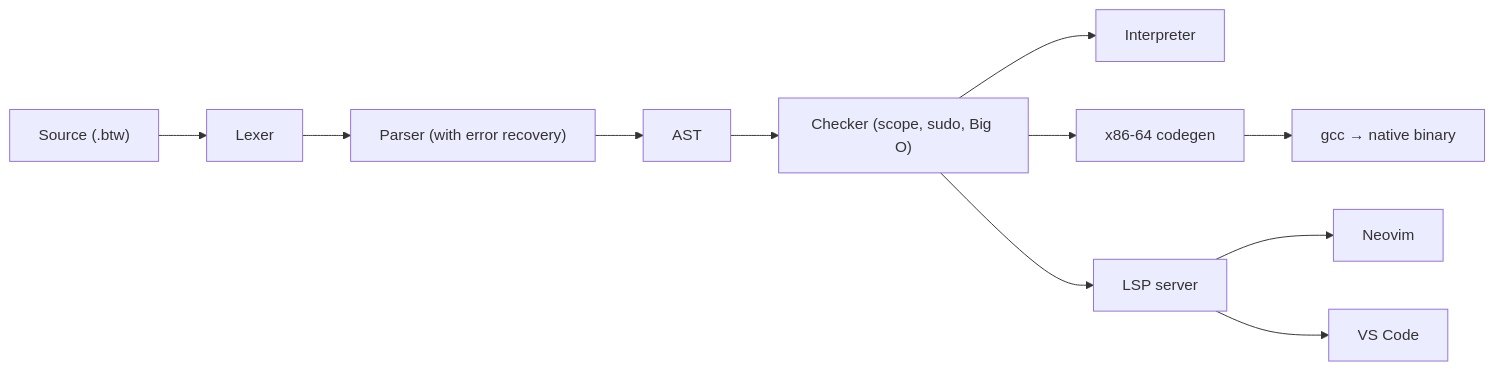
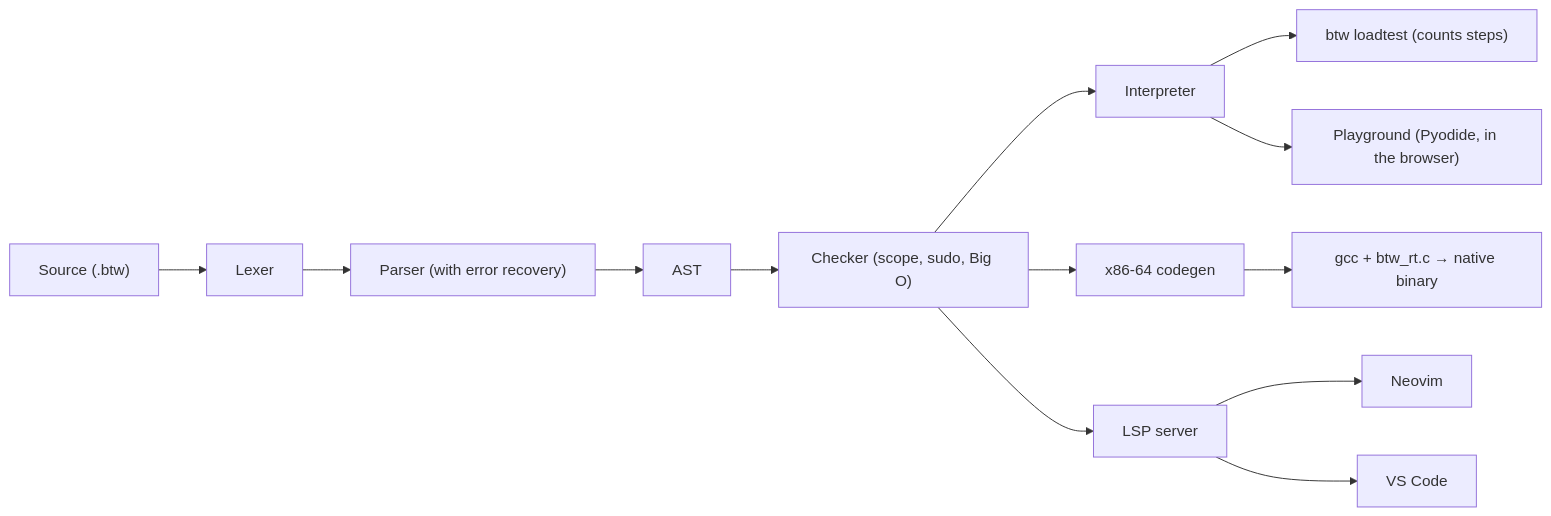
Before and after one commit to khyeo1011/btw: the diagram in README.md, drawn with Mermaid. The commit also changed other lines of this file, not shown here.

````diff
--- a/README.md
+++ b/README.md
@@ -287,13 +358,15 @@
 ```mermaid
 flowchart LR
     A["Source (.btw)"] --> B[Lexer]
     B --> C["Parser (with error recovery)"]
     C --> D[AST]
     D --> E["Checker (scope, sudo, Big O)"]
     E --> F[Interpreter]
+    F --> L["btw loadtest (counts steps)"]
+    F --> P["Playground (Pyodide, in the browser)"]
     E --> G[x86-64 codegen]
-    G --> H["gcc → native binary"]
+    G --> H["gcc + btw_rt.c → native binary"]
     E --> I[LSP server]
     I --> J[Neovim]
     I --> K[VS Code]
 ```
````
